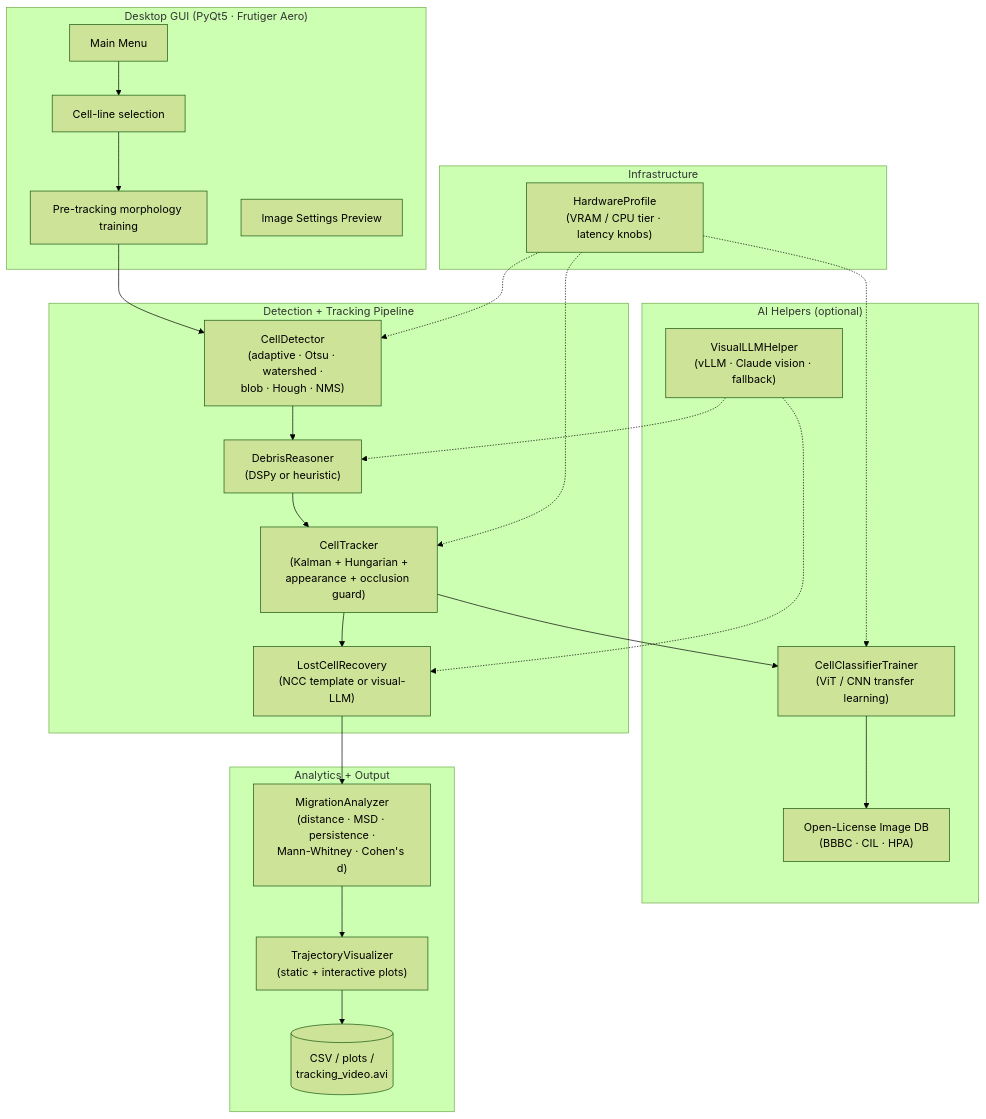
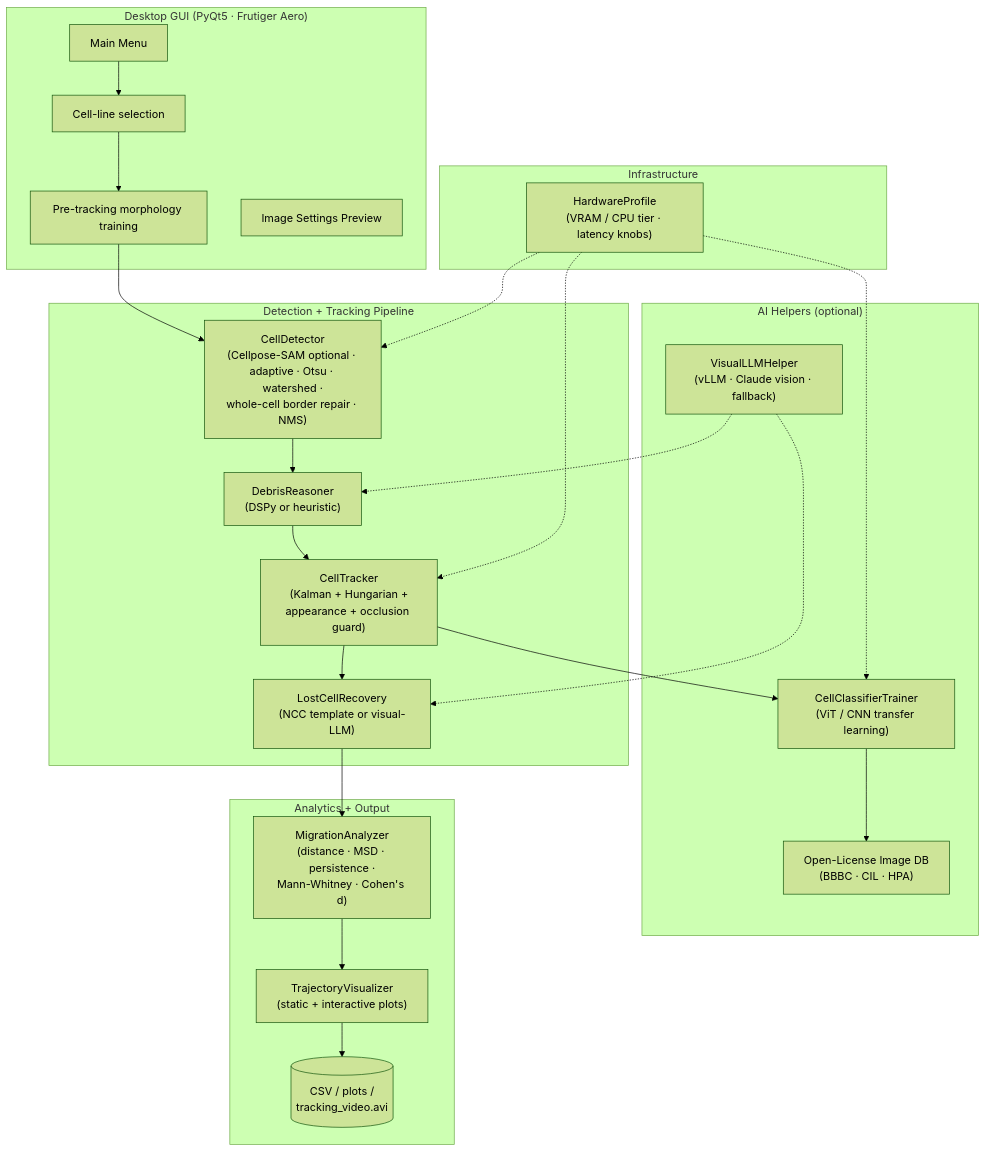
One commit to SciSpectator/CytoTrack-AI changed the first of 2 diagrams in README.md. Above: the diagram before and after it, drawn with Mermaid (forest theme). The commit also changed other lines of this file and 10 other files, not shown here.

Commit message:
Repair whole-cell border tracking overlays

````diff
--- a/README.md
+++ b/README.md
@@ -133,49 +143,49 @@
 ```mermaid
 graph TB
     subgraph GUI["Desktop GUI (PyQt5 · Frutiger Aero)"]
         MainMenu[Main Menu]
         CellLineGate[Cell-line selection]
         PreTrain[Pre-tracking morphology training]
         SettingsPreview[Image Settings Preview]
     end
 
     subgraph Core["Detection + Tracking Pipeline"]
-        Detector["CellDetector<br/>(adaptive · Otsu · watershed ·<br/>blob · Hough · NMS)"]
+        Detector["CellDetector<br/>(Cellpose-SAM optional · adaptive · Otsu · watershed ·<br/>whole-cell border repair · NMS)"]
         DebrisReasoner["DebrisReasoner<br/>(DSPy or heuristic)"]
         Tracker["CellTracker<br/>(Kalman + Hungarian +<br/>appearance + occlusion guard)"]
         Recovery["LostCellRecovery<br/>(NCC template or visual-LLM)"]
     end
 
     subgraph AI["AI Helpers (optional)"]
         VisualLLM["VisualLLMHelper<br/>(vLLM · Claude vision · fallback)"]
         Classifier["CellClassifierTrainer<br/>(ViT / CNN transfer learning)"]
         CellDB["Open-License Image DB<br/>(BBBC · CIL · HPA)"]
     end
 
     subgraph Analytics["Analytics + Output"]
         Analyzer["MigrationAnalyzer<br/>(distance · MSD · persistence ·<br/>Mann-Whitney · Cohen's d)"]
         Visualizer["TrajectoryVisualizer<br/>(static + interactive plots)"]
         CSV[(CSV / plots /<br/>tracking_video.avi)]
     end
 
     subgraph Infra["Infrastructure"]
         HW["HardwareProfile<br/>(VRAM / CPU tier · latency knobs)"]
     end
 
     MainMenu --> CellLineGate
     CellLineGate --> PreTrain
     PreTrain --> Detector
     Detector --> DebrisReasoner
     DebrisReasoner --> Tracker
     Tracker --> Recovery
     Recovery --> Analyzer
     Tracker --> Classifier
     Classifier --> CellDB
     VisualLLM -.-> Recovery
     VisualLLM -.-> DebrisReasoner
     HW -.-> Detector
     HW -.-> Tracker
     HW -.-> Classifier
     Analyzer --> Visualizer
     Visualizer --> CSV
 ```
````
